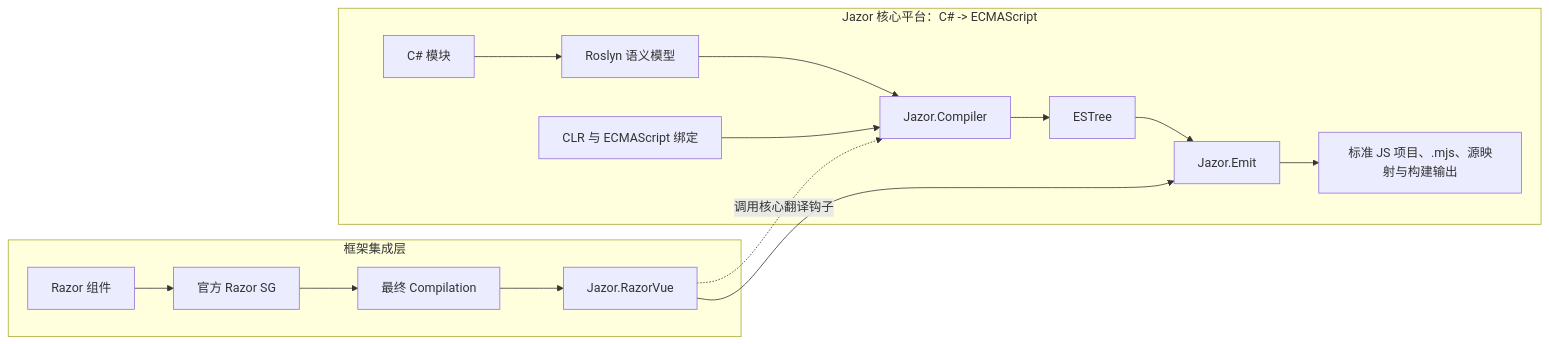
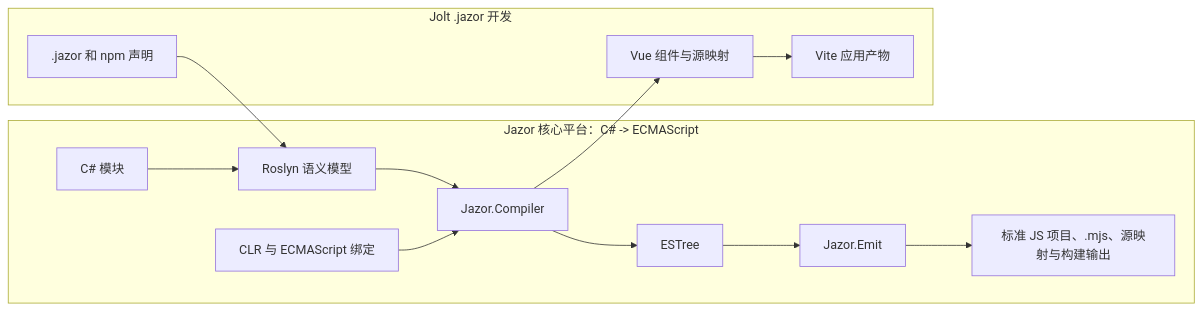
The diagram in README_CN.md (devhxj/Jazor), drawn with Mermaid before and after one commit. The commit also changed other lines of this file and 567 other files, not shown here.

Commit message:
feat: make Jolt the mainline and move RazorVue to its own repository

````diff
--- a/README_CN.md
+++ b/README_CN.md
@@ -55,17 +56,16 @@
 ```mermaid
 flowchart LR
     subgraph Core["Jazor 核心平台：C# -> ECMAScript"]
         CSharp["C# 模块"] --> Roslyn["Roslyn 语义模型"]
         Roslyn --> Compiler["Jazor.Compiler"]
         Bindings["CLR 与 ECMAScript 绑定"] --> Compiler
         Compiler --> Ast["ESTree"] --> Emit["Jazor.Emit"]
         Emit --> Artifacts["标准 JS 项目、.mjs、源映射与构建输出"]
     end
 
-    subgraph Integrations["框架集成层"]
-        Razor["Razor 组件"] --> RazorSG["官方 Razor SG"] --> Compilation["最终 Compilation"]
-        Compilation --> RazorVue["Jazor.RazorVue"]
-        RazorVue -. 调用核心翻译钩子 .-> Compiler
-        RazorVue --> Emit
+    subgraph Jolt["Jolt .jazor 开发"]
+        Jazor[".jazor 和 npm 声明"] --> Roslyn
+        Compiler --> Vue["Vue 组件与源映射"]
+        Vue --> Vite["Vite 应用产物"]
     end
 ```
````
